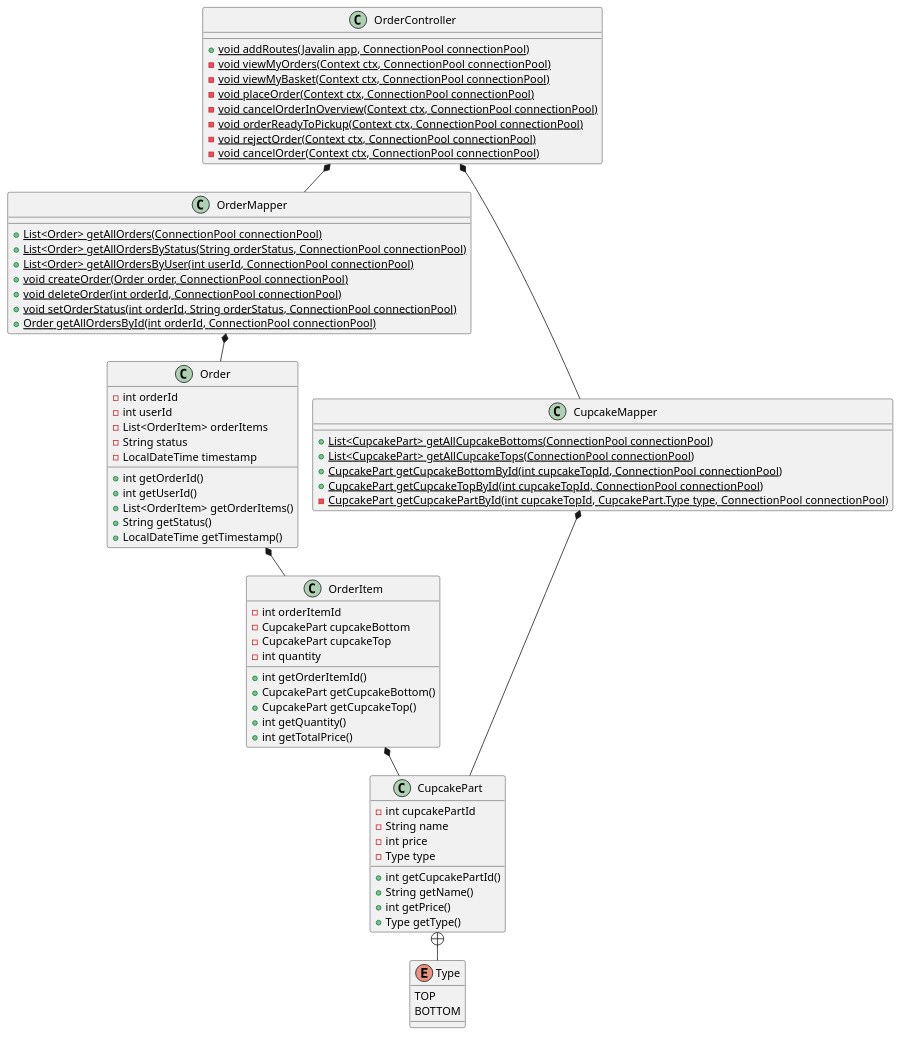
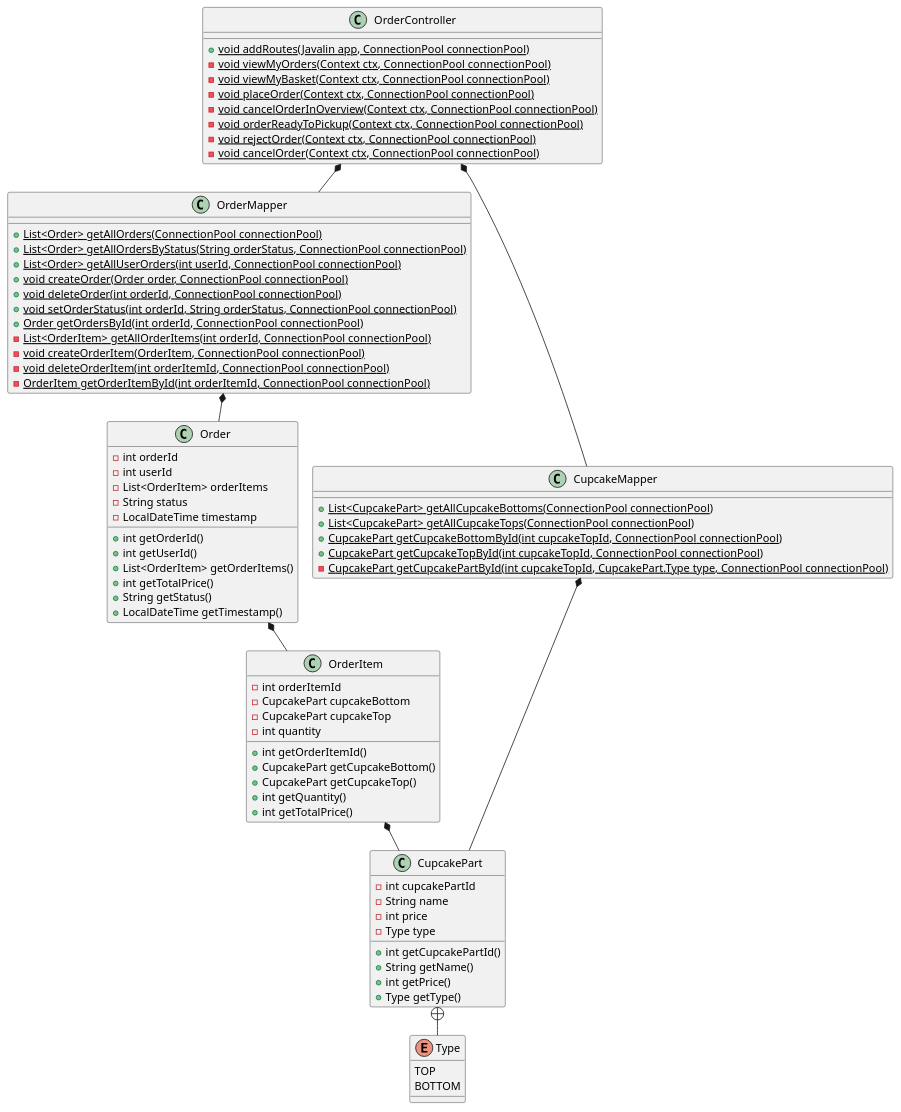
The diagram in doc/static/class diagrams/ordercontroller_classdiagram/ordercontroller_classdiagram.puml (Shiihon/Dat2_Cupcake), drawn with PlantUML before and after one commit. The commit also changed 1 other file, not shown here.

Commit message:
Add OrderMapper OrderItem methods

```diff
--- a/doc/static/class diagrams/ordercontroller_classdiagram/ordercontroller_classdiagram.puml
+++ b/doc/static/class diagrams/ordercontroller_classdiagram/ordercontroller_classdiagram.puml
@@ -1,91 +1,96 @@
 @startuml
 'https://plantuml.com/class-diagram
 
 !pragma layout smetana
 
 class OrderController {
 + {static} void addRoutes(Javalin app, ConnectionPool connectionPool)
 - {static} void viewMyOrders(Context ctx, ConnectionPool connectionPool)
 - {static} void viewMyBasket(Context ctx, ConnectionPool connectionPool)
 - {static} void placeOrder(Context ctx, ConnectionPool connectionPool)
 - {static} void cancelOrderInOverview(Context ctx, ConnectionPool connectionPool)
 - {static} void orderReadyToPickup(Context ctx, ConnectionPool connectionPool)
 - {static} void rejectOrder(Context ctx, ConnectionPool connectionPool)
 - {static} void cancelOrder(Context ctx, ConnectionPool connectionPool)
 }
 
 class OrderMapper {
 + {static} List<Order> getAllOrders(ConnectionPool connectionPool)
 + {static} List<Order> getAllOrdersByStatus(String orderStatus, ConnectionPool connectionPool)
-+ {static} List<Order> getAllOrdersByUser(int userId, ConnectionPool connectionPool)
++ {static} List<Order> getAllUserOrders(int userId, ConnectionPool connectionPool)
 + {static} void createOrder(Order order, ConnectionPool connectionPool)
 + {static} void deleteOrder(int orderId, ConnectionPool connectionPool)
 + {static} void setOrderStatus(int orderId, String orderStatus, ConnectionPool connectionPool)
-+ {static} Order getAllOrdersById(int orderId, ConnectionPool connectionPool)
++ {static} Order getOrdersById(int orderId, ConnectionPool connectionPool)
+- {static} List<OrderItem> getAllOrderItems(int orderId, ConnectionPool connectionPool)
+- {static} void createOrderItem(OrderItem, ConnectionPool connectionPool)
+- {static} void deleteOrderItem(int orderItemId, ConnectionPool connectionPool)
+- {static} OrderItem getOrderItemById(int orderItemId, ConnectionPool connectionPool)
 }
 
 class CupcakeMapper {
 + {static} List<CupcakePart> getAllCupcakeBottoms(ConnectionPool connectionPool)
 + {static} List<CupcakePart> getAllCupcakeTops(ConnectionPool connectionPool)
 + {static} CupcakePart getCupcakeBottomById(int cupcakeTopId, ConnectionPool connectionPool)
 + {static} CupcakePart getCupcakeTopById(int cupcakeTopId, ConnectionPool connectionPool)
 - {static} CupcakePart getCupcakePartById(int cupcakeTopId, CupcakePart.Type type, ConnectionPool connectionPool)
 }
 
 class Order {
 - int orderId
 - int userId
 - List<OrderItem> orderItems
 - String status
 - LocalDateTime timestamp
 
 + int getOrderId()
 + int getUserId()
 + List<OrderItem> getOrderItems()
++ int getTotalPrice()
 + String getStatus()
 + LocalDateTime getTimestamp()
 }
 
 class OrderItem {
 - int orderItemId
 - CupcakePart cupcakeBottom
 - CupcakePart cupcakeTop
 - int quantity
 
 + int getOrderItemId()
 + CupcakePart getCupcakeBottom()
 + CupcakePart getCupcakeTop()
 + int getQuantity()
 + int getTotalPrice()
 }
 
 class CupcakePart {
 - int cupcakePartId
 - String name
 - int price
 - Type type
 
 + int getCupcakePartId()
 + String getName()
 + int getPrice()
 + Type getType()
 }
 
 enum Type {
 TOP
 BOTTOM
 }
 
 OrderController *-- OrderMapper
 OrderController *-- CupcakeMapper
 
 OrderMapper *-- Order
 CupcakeMapper *-- CupcakePart
 
 Order *-- OrderItem
 
 OrderItem *-- CupcakePart
 
 CupcakePart +-- Type
 
 @enduml
```
